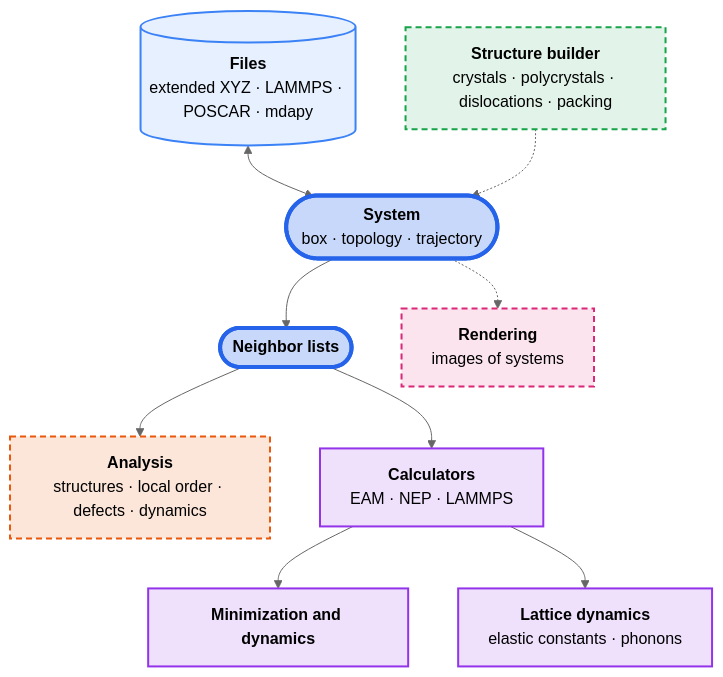
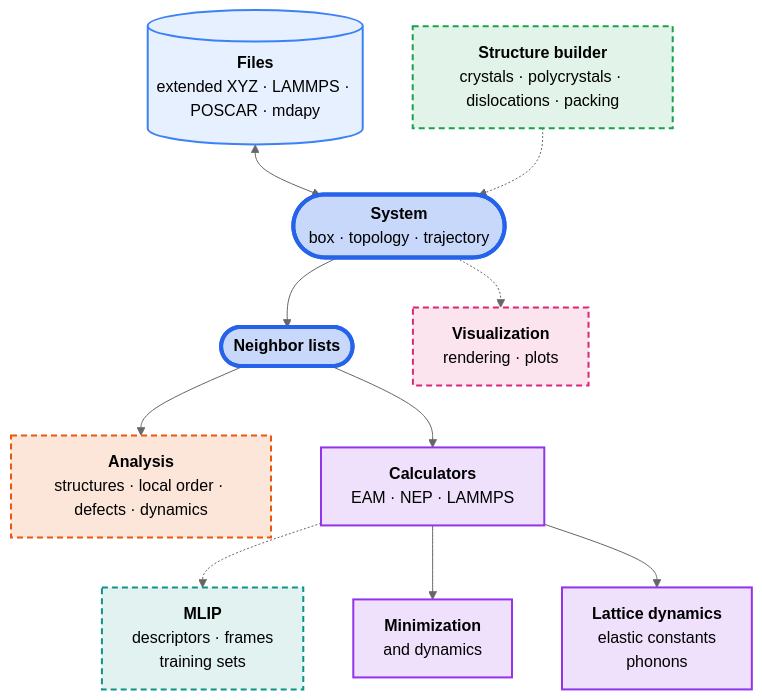
One commit to mushroomfire/mdapy changed the diagram in docs/index.md. Above: the diagram before and after it, drawn with Mermaid (neutral theme). The commit also changed other lines of this file and 4 other files, not shown here.

First line of the commit message:
Add MLIP, visualization and performance to the feature map; one click between themes

````diff
--- a/docs/index.md
+++ b/docs/index.md
@@ -26,34 +26,38 @@
 ```mermaid
 flowchart TB
     files[("<b>Files</b><br/>extended XYZ · LAMMPS · POSCAR · mdapy")]
     build["<b>Structure builder</b><br/>crystals · polycrystals · dislocations · packing"]
     system(["<b>System</b><br/>box · topology · trajectory"])
     neighbors(["<b>Neighbor lists</b>"])
-    render["<b>Rendering</b><br/>images of systems"]
+    visual["<b>Visualization</b><br/>rendering · plots"]
+    mlip["<b>MLIP</b><br/>descriptors · frames<br/>training sets"]
     analysis["<b>Analysis</b><br/>structures · local order · defects · dynamics"]
     calculators["<b>Calculators</b><br/>EAM · NEP · LAMMPS"]
-    minimization["<b>Minimization and dynamics</b>"]
-    lattice["<b>Lattice dynamics</b><br/>elastic constants · phonons"]
+    minimization["<b>Minimization</b><br/>and dynamics"]
+    lattice["<b>Lattice dynamics</b><br/>elastic constants<br/>phonons"]
 
     files <--> system
     build -.-> system
     system --> neighbors
-    system -.-> render
+    system -.-> visual
+    calculators -.-> mlip
     neighbors --> analysis
     neighbors --> calculators
     calculators --> minimization
     calculators --> lattice
 
     classDef core fill:#2563eb40,stroke:#2563eb,stroke-width:4px
     classDef data fill:#3b82f61f,stroke:#3b82f6,stroke-width:2px
     classDef analysis fill:#ea580c26,stroke:#ea580c,stroke-width:2px,stroke-dasharray:6 4
     classDef simulation fill:#9333ea26,stroke:#9333ea,stroke-width:2px
     classDef build fill:#16a34a1f,stroke:#16a34a,stroke-width:2px,stroke-dasharray:6 4
-    classDef render fill:#db27771f,stroke:#db2777,stroke-width:2px,stroke-dasharray:6 4
+    classDef visual fill:#db27771f,stroke:#db2777,stroke-width:2px,stroke-dasharray:6 4
+    classDef mlip fill:#0d94881f,stroke:#0d9488,stroke-width:2px,stroke-dasharray:6 4
     class system,neighbors core
     class files data
     class analysis analysis
     class calculators,minimization,lattice simulation
     class build build
-    class render render
+    class visual visual
+    class mlip mlip
 ```
````
